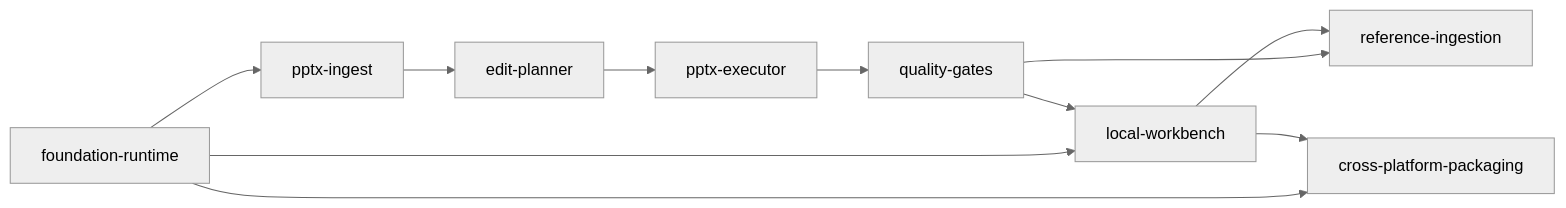
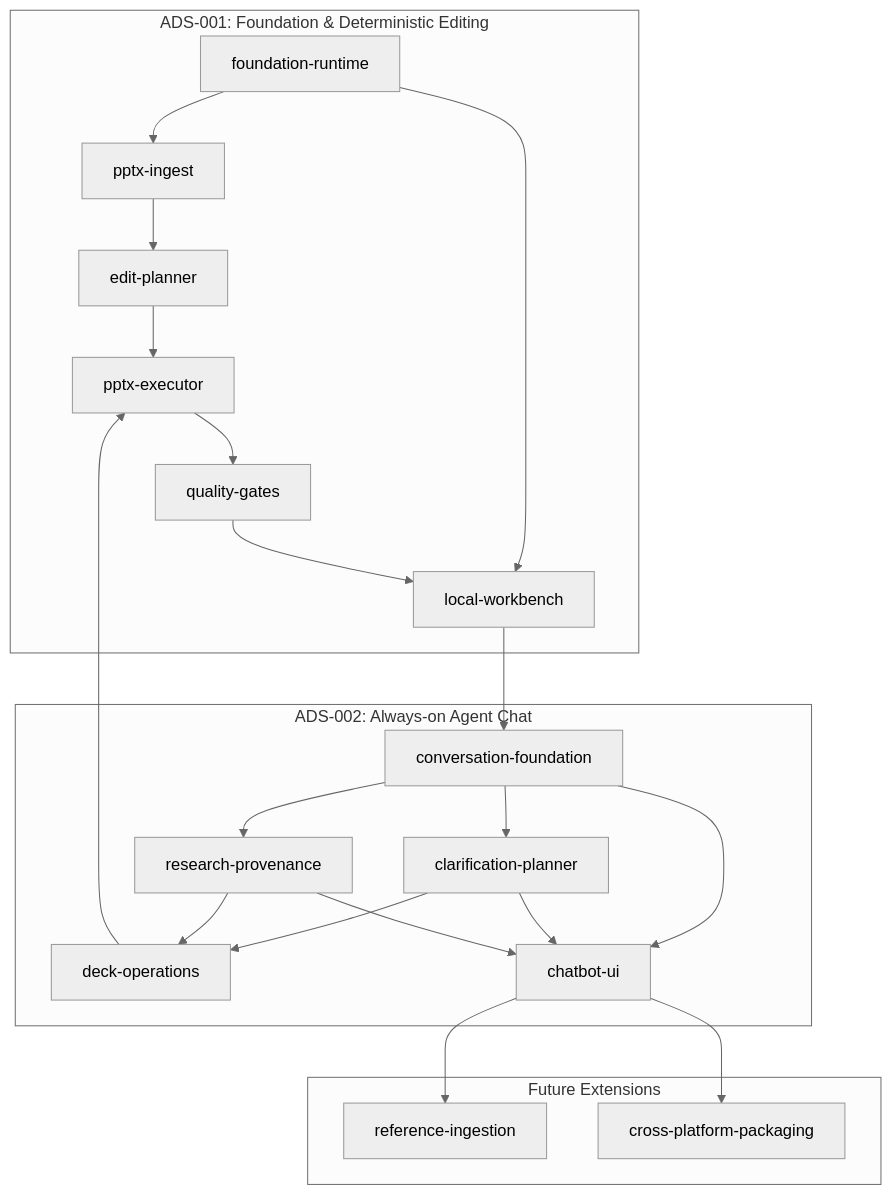
The diagram in CAPABILITY_MAP.md (xlinh2301/AutoSlide), drawn with Mermaid (neutral theme) before and after one commit. The commit also changed other lines of this file and 8 other files, not shown here.

````diff
--- a/CAPABILITY_MAP.md
+++ b/CAPABILITY_MAP.md
@@ -24,13 +29,28 @@
 ```mermaid
-flowchart LR
-  foundation-runtime --> pptx-ingest
-  pptx-ingest --> edit-planner
-  edit-planner --> pptx-executor
-  pptx-executor --> quality-gates
-  foundation-runtime --> local-workbench
-  quality-gates --> local-workbench
-  quality-gates --> reference-ingestion
-  local-workbench --> reference-ingestion
-  foundation-runtime --> cross-platform-packaging
-  local-workbench --> cross-platform-packaging
+flowchart TD
+  subgraph ADS-001 ["ADS-001: Foundation & Deterministic Editing"]
+    foundation-runtime --> pptx-ingest
+    pptx-ingest --> edit-planner
+    edit-planner --> pptx-executor
+    pptx-executor --> quality-gates
+    foundation-runtime --> local-workbench
+    quality-gates --> local-workbench
+  end
+
+  subgraph ADS-002 ["ADS-002: Always-on Agent Chat"]
+    local-workbench --> conversation-foundation
+    conversation-foundation --> clarification-planner
+    clarification-planner --> deck-operations
+    deck-operations --> pptx-executor
+    conversation-foundation --> research-provenance
+    research-provenance --> deck-operations
+    conversation-foundation --> chatbot-ui
+    clarification-planner --> chatbot-ui
+    research-provenance --> chatbot-ui
+  end
+
+  subgraph Future ["Future Extensions"]
+    chatbot-ui --> reference-ingestion
+    chatbot-ui --> cross-platform-packaging
+  end
 ```
````
